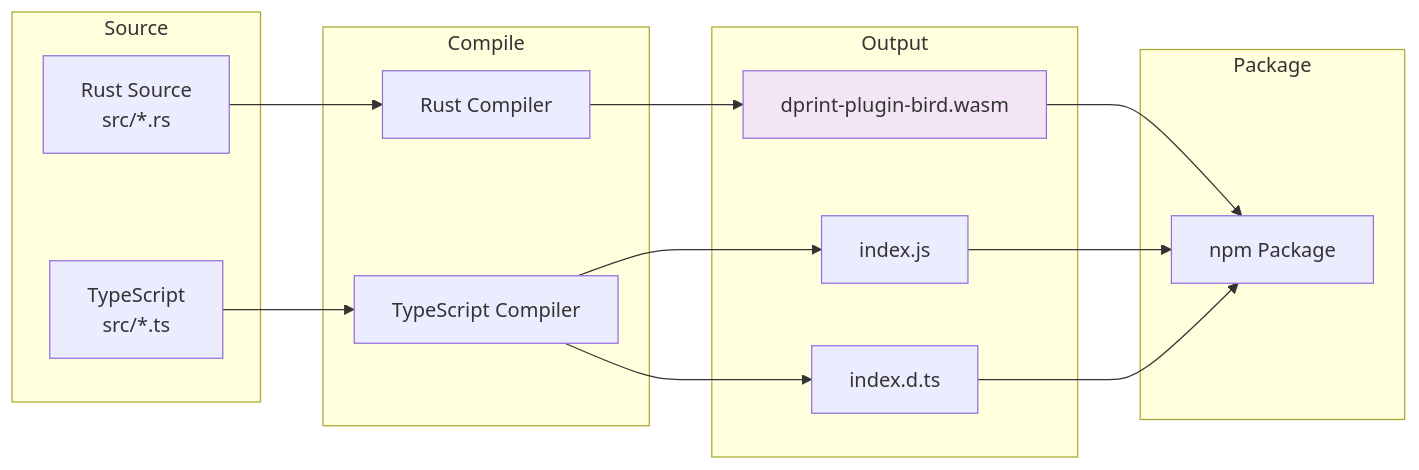
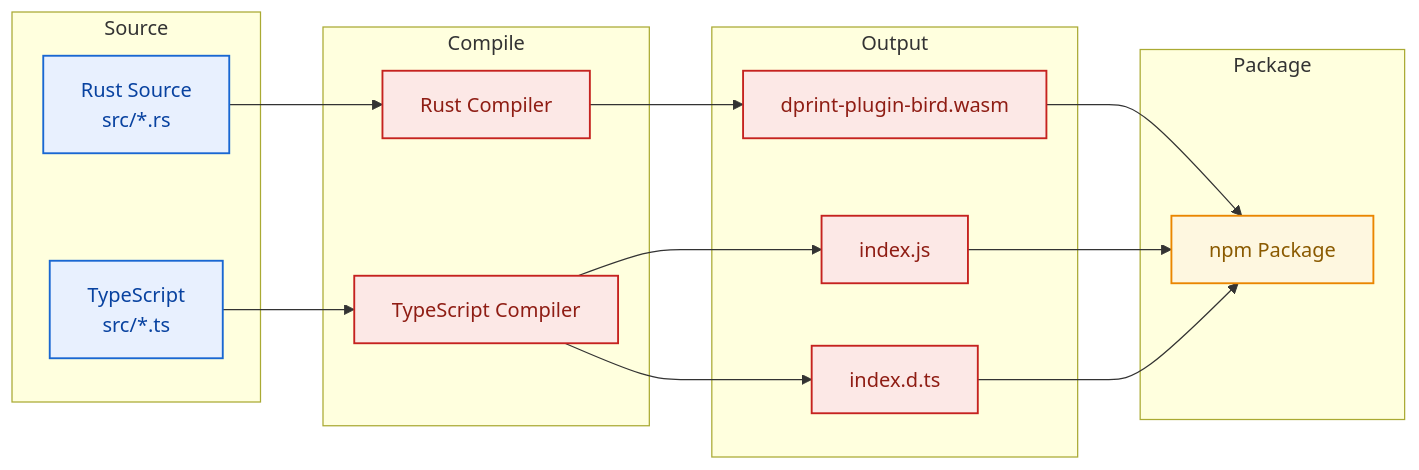
One commit to bird-chinese-community/BIRD-LSP changed the third of 3 diagrams in packages/@birdcc/dprint-plugin-bird/README.md. Above: the diagram before and after it, drawn with Mermaid. The commit also changed other lines of this file and 5 other files, not shown here.

Commit message:
docs(mermaid): Unify diagram palette and split by layer

````diff
--- a/packages/@birdcc/dprint-plugin-bird/README.md
+++ b/packages/@birdcc/dprint-plugin-bird/README.md
@@ -215,33 +212,39 @@
 ```mermaid
 flowchart LR
-    subgraph "Source"
+    classDef infra fill:#fce8e6,stroke:#c5221f,stroke-width:1.5px,color:#8f1d14
+    classDef service fill:#fef7e0,stroke:#ea8600,stroke-width:1.5px,color:#8a5a00
+    classDef ui fill:#e8f0fe,stroke:#1967d2,stroke-width:1.5px,color:#0842a0
+
+    subgraph source [Source]
         RS[Rust Source<br/>src/*.rs]
         TS[TypeScript<br/>src/*.ts]
     end
 
-    subgraph "Compile"
+    subgraph compile [Compile]
         RUSTC[Rust Compiler]
         TSC[TypeScript Compiler]
     end
 
-    subgraph "Output"
+    subgraph output [Output]
         WASM[dprint-plugin-bird.wasm]
         JS[index.js]
         DTS[index.d.ts]
     end
 
-    subgraph "Package"
+    subgraph pkg [Package]
         PKG[npm Package]
     end
 
     RS --> RUSTC
     TS --> TSC
     RUSTC --> WASM
     TSC --> JS
     TSC --> DTS
     WASM --> PKG
     JS --> PKG
     DTS --> PKG
 
-    style WASM fill:#f3e5f5
+    class RS,TS ui
+    class RUSTC,TSC,WASM,JS,DTS infra
+    class PKG service
 ```
````
